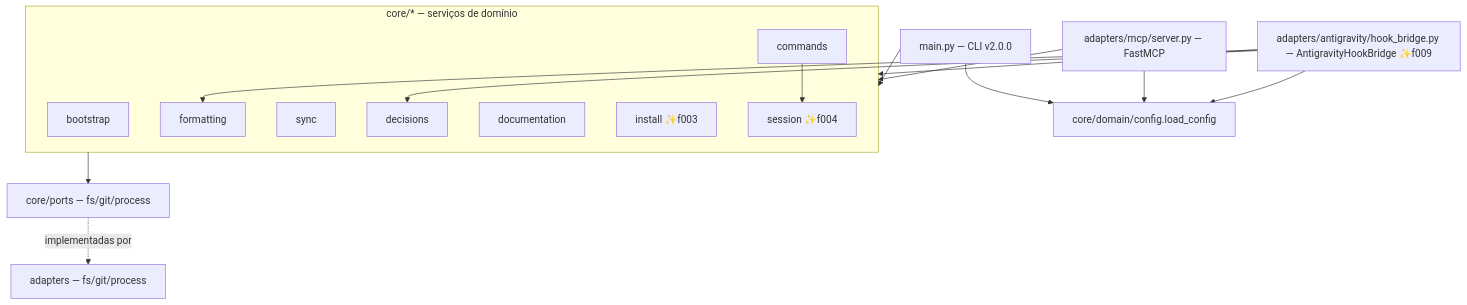
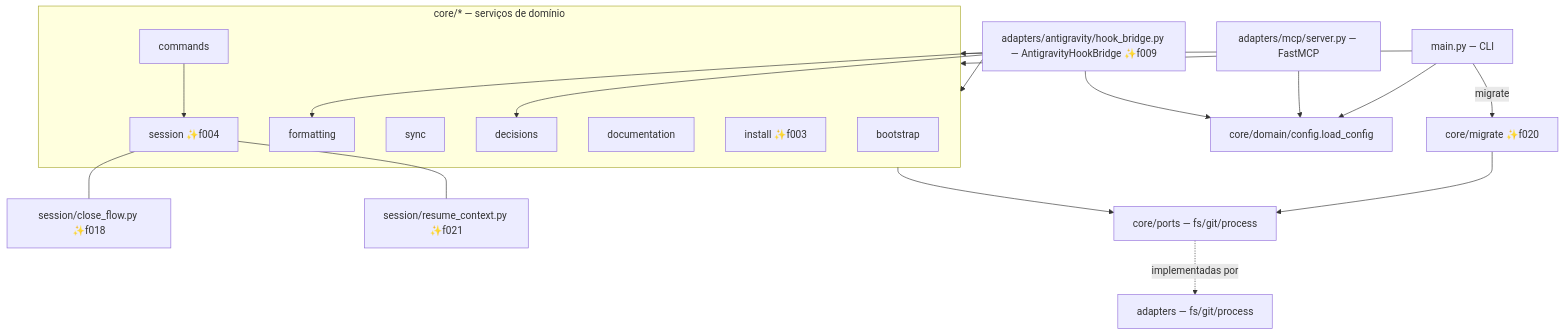
Before and after one commit to iago-leal/harness-config: the diagram in _reversa_sdd/architecture.md, drawn with Mermaid. The commit also changed other lines of this file and 34 other files, not shown here.

````diff
--- a/_reversa_sdd/architecture.md
+++ b/_reversa_sdd/architecture.md
@@ -36,24 +38,28 @@
 ```mermaid
 graph TD
-    CLI[main.py — CLI v2.0.0] --> Services
+    CLI[main.py — CLI] --> Services
     MCP[adapters/mcp/server.py — FastMCP] --> Services
     AGY["adapters/antigravity/hook_bridge.py — AntigravityHookBridge ✨f009"] --> Services
+    CLI -- migrate --> Migrate["core/migrate ✨f020"]
     subgraph Services[core/* — serviços de domínio]
         boot[bootstrap]
         fmt[formatting]
         sync[sync]
         dec[decisions]
         cmd[commands]
         doc[documentation]
         inst["install ✨f003"]
         sess["session ✨f004"]
     end
+    sess --- closeflow["session/close_flow.py ✨f018"]
+    sess --- resumectx["session/resume_context.py ✨f021"]
     Services --> Ports[core/ports — fs/git/process]
     Ports -.implementadas por.-> Adapters[adapters — fs/git/process]
+    Migrate --> Ports
     cmd --> sess
     AGY --> fmt
     AGY --> dec
     CLI --> Config[core/domain/config.load_config]
     MCP --> Config
     AGY --> Config
 ```
````
